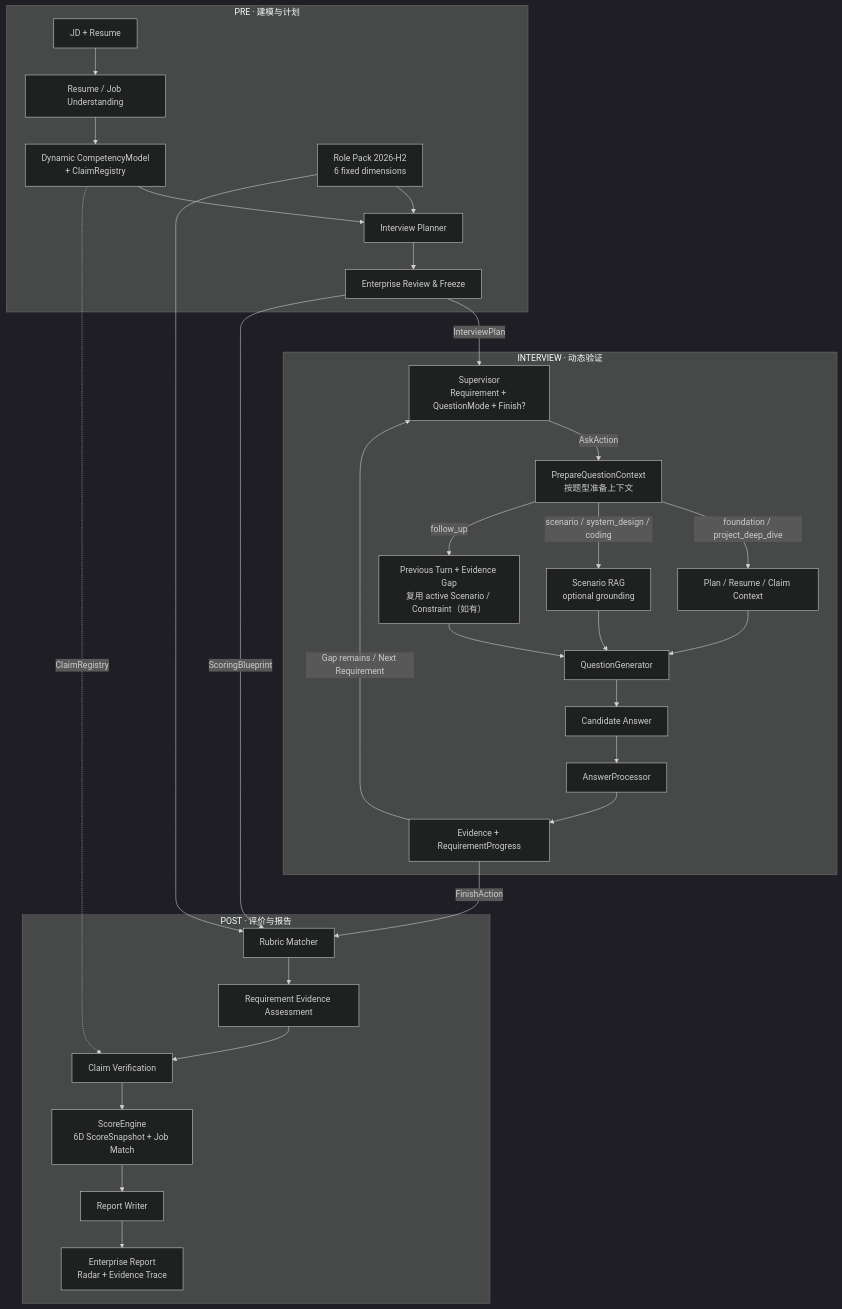
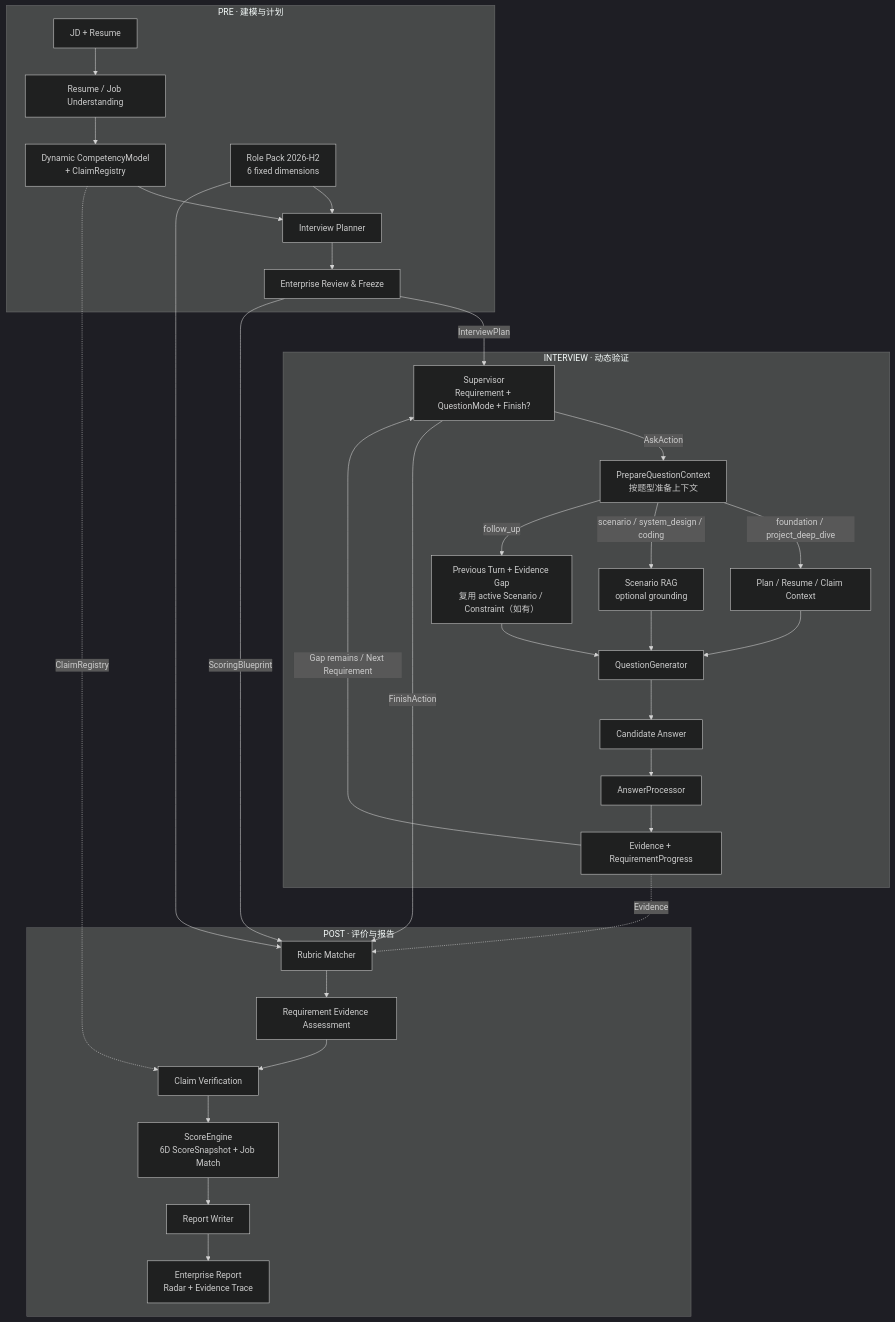
Before and after one commit to hr-huang/AI_Interview: the diagram in README.md, drawn with Mermaid (dark theme).

Commit message:
docs: correct architecture finish control flow

````diff
--- a/README.md
+++ b/README.md
@@ -119,37 +119,38 @@
 ```mermaid
 flowchart TB
     subgraph PRE["PRE · 建模与计划"]
         A["JD + Resume"] --> B["Resume / Job Understanding"]
         B --> C["Dynamic CompetencyModel<br/>+ ClaimRegistry"]
         R["Role Pack 2026-H2<br/>6 fixed dimensions"] --> D["Interview Planner"]
         C --> D
         D --> E["Enterprise Review & Freeze"]
     end
 
     subgraph RUN["INTERVIEW · 动态验证"]
         E -->|InterviewPlan| S["Supervisor<br/>Requirement + QuestionMode + Finish?"]
         S -->|AskAction| X["PrepareQuestionContext<br/>按题型准备上下文"]
         X -->|foundation / project_deep_dive| P["Plan / Resume / Claim Context"]
         X -->|scenario / system_design / coding| G["Scenario RAG<br/>optional grounding"]
         X -->|follow_up| U["Previous Turn + Evidence Gap<br/>复用 active Scenario / Constraint（如有）"]
         P --> Q["QuestionGenerator"]
         G --> Q
         U --> Q
         Q --> I["Candidate Answer"]
         I --> J["AnswerProcessor"]
         J --> K["Evidence + RequirementProgress"]
         K -->|Gap remains / Next Requirement| S
     end
 
     subgraph POST["POST · 评价与报告"]
-        E -->|ScoringBlueprint| M["Rubric Matcher"]
+        S -->|FinishAction| M["Rubric Matcher"]
+        E -->|ScoringBlueprint| M
         R --> M
-        K -->|FinishAction| M
+        K -. Evidence .-> M
         M --> N["Requirement Evidence Assessment"]
         N --> V["Claim Verification"]
         C -. ClaimRegistry .-> V
         V --> O["ScoreEngine<br/>6D ScoreSnapshot + Job Match"]
         O --> W["Report Writer"]
         W --> Z["Enterprise Report<br/>Radar + Evidence Trace"]
     end
 ```
````
